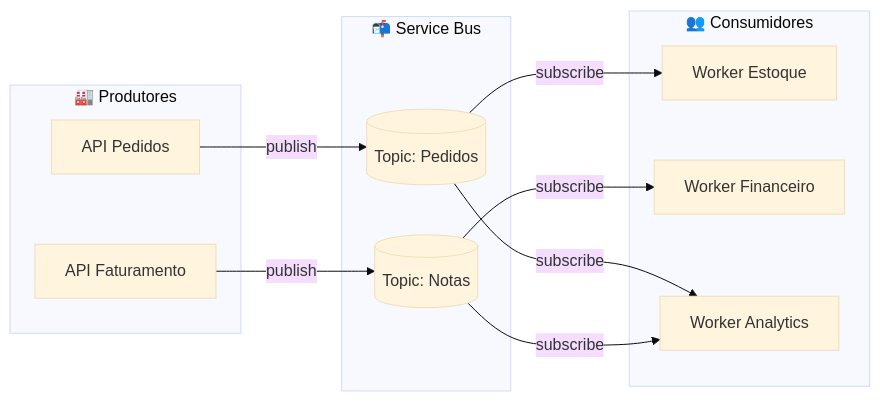
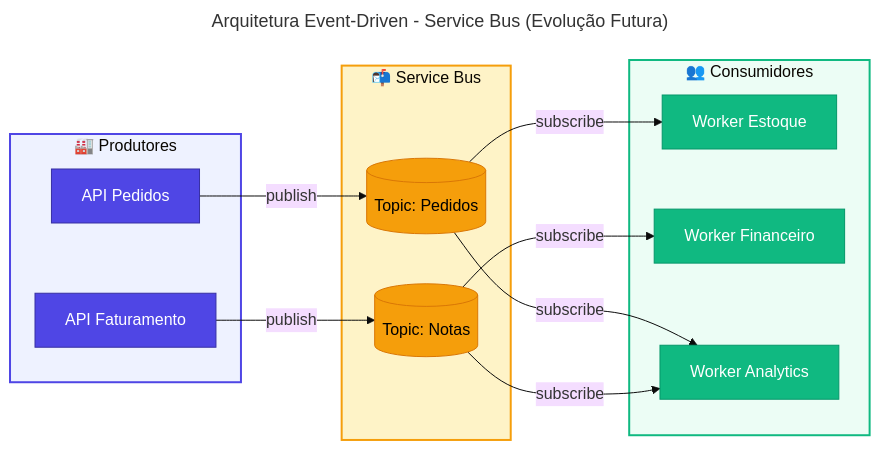
One commit to Evilazaro/Azure-LogicApps-Monitoring changed the third of 3 diagrams in docs/plano-modernizacao/08-operacao-suporte.md. Above: the diagram before and after it, drawn with Mermaid (base theme). The commit also changed other lines of this file and 6 other files, not shown here.

````diff
--- a/docs/plano-modernizacao/08-operacao-suporte.md
+++ b/docs/plano-modernizacao/08-operacao-suporte.md
@@ -272,25 +323,50 @@
 ```mermaid
+---
+title: Arquitetura Event-Driven - Service Bus (Evolução Futura)
+---
 flowchart LR
+    %% ===== DEFINIÇÕES DE ESTILO =====
+    classDef primary fill:#4F46E5,stroke:#3730A3,color:#FFFFFF
+    classDef secondary fill:#10B981,stroke:#059669,color:#FFFFFF
+    classDef datastore fill:#F59E0B,stroke:#D97706,color:#000000
+    classDef external fill:#6B7280,stroke:#4B5563,color:#FFFFFF,stroke-dasharray: 5 5
+    classDef failed fill:#F44336,stroke:#C62828,color:#FFFFFF
+    classDef trigger fill:#818CF8,stroke:#4F46E5,color:#FFFFFF
+    classDef decision fill:#FFFBEB,stroke:#F59E0B,color:#000000
+    classDef input fill:#F3F4F6,stroke:#6B7280,color:#000000
+
+    %% ===== SUBGRAPH: PRODUTORES =====
     subgraph producer ["🏭 Produtores"]
-        A[API Pedidos]
-        B[API Faturamento]
+        A["API Pedidos"]
+        B["API Faturamento"]
     end
+    style producer fill:#EEF2FF,stroke:#4F46E5,stroke-width:2px
     
+    %% ===== SUBGRAPH: SERVICE BUS =====
     subgraph bus ["📬 Service Bus"]
-        C[(Topic: Pedidos)]
-        D[(Topic: Notas)]
+        C[("Topic: Pedidos")]
+        D[("Topic: Notas")]
     end
+    style bus fill:#FEF3C7,stroke:#F59E0B,stroke-width:2px
     
+    %% ===== SUBGRAPH: CONSUMIDORES =====
     subgraph consumers ["👥 Consumidores"]
-        E[Worker Estoque]
-        F[Worker Financeiro]
-        G[Worker Analytics]
+        E["Worker Estoque"]
+        F["Worker Financeiro"]
+        G["Worker Analytics"]
     end
+    style consumers fill:#ECFDF5,stroke:#10B981,stroke-width:2px
     
-    A -->|publish| C
-    B -->|publish| D
-    C -->|subscribe| E
-    C -->|subscribe| G
-    D -->|subscribe| F
-    D -->|subscribe| G
+    %% ===== CONEXÕES =====
+    A -->|"publish"| C
+    B -->|"publish"| D
+    C -->|"subscribe"| E
+    C -->|"subscribe"| G
+    D -->|"subscribe"| F
+    D -->|"subscribe"| G
+
+    %% ===== APLICAÇÃO DE ESTILOS =====
+    class A,B primary
+    class C,D datastore
+    class E,F,G secondary
 ```
````
